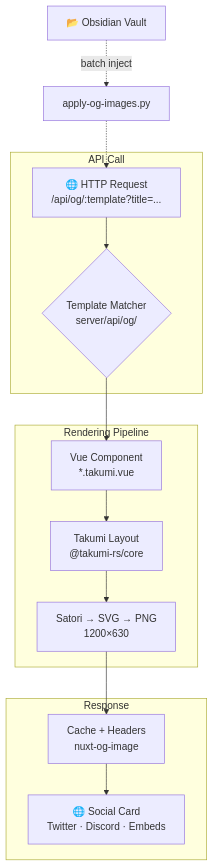
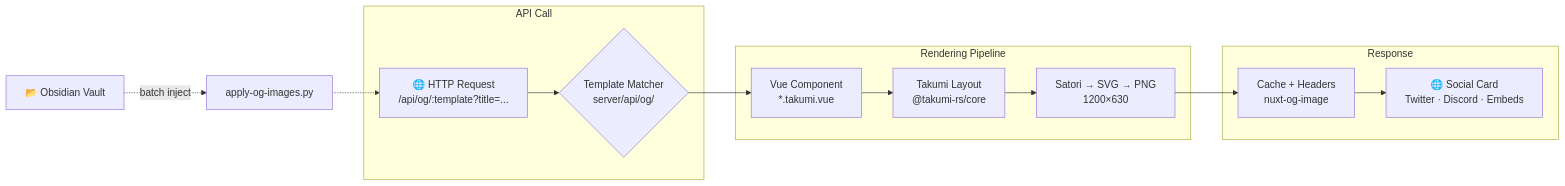
Before and after one commit to Sofian-bll/my-og-image: the diagram in README.md, drawn with Mermaid. The commit also changed 2 other files, not shown here.

Commit message:
fix: horizontal mermaid + Docker panel in site quick start

````diff
--- a/README.md
+++ b/README.md
@@ -68,20 +68,20 @@
 ```mermaid
-graph TB
+graph LR
     subgraph "API Call"
         A["🌐 HTTP Request<br/>/api/og/:template?title=..."] --> B{Template Matcher<br/>server/api/og/}
     end
 
     subgraph "Rendering Pipeline"
         B --> C["Vue Component<br/>*.takumi.vue"]
         C --> D["Takumi Layout<br/>@takumi-rs/core"]
         D --> E["Satori → SVG → PNG<br/>1200×630"]
     end
 
     subgraph "Response"
         E --> F["Cache + Headers<br/>nuxt-og-image"]
         F --> G["🌐 Social Card<br/>Twitter · Discord · Embeds"]
     end
 
     H["📂 Obsidian Vault"] -.->|batch inject| I["apply-og-images.py"]
     I -.-> A
 ```
````
